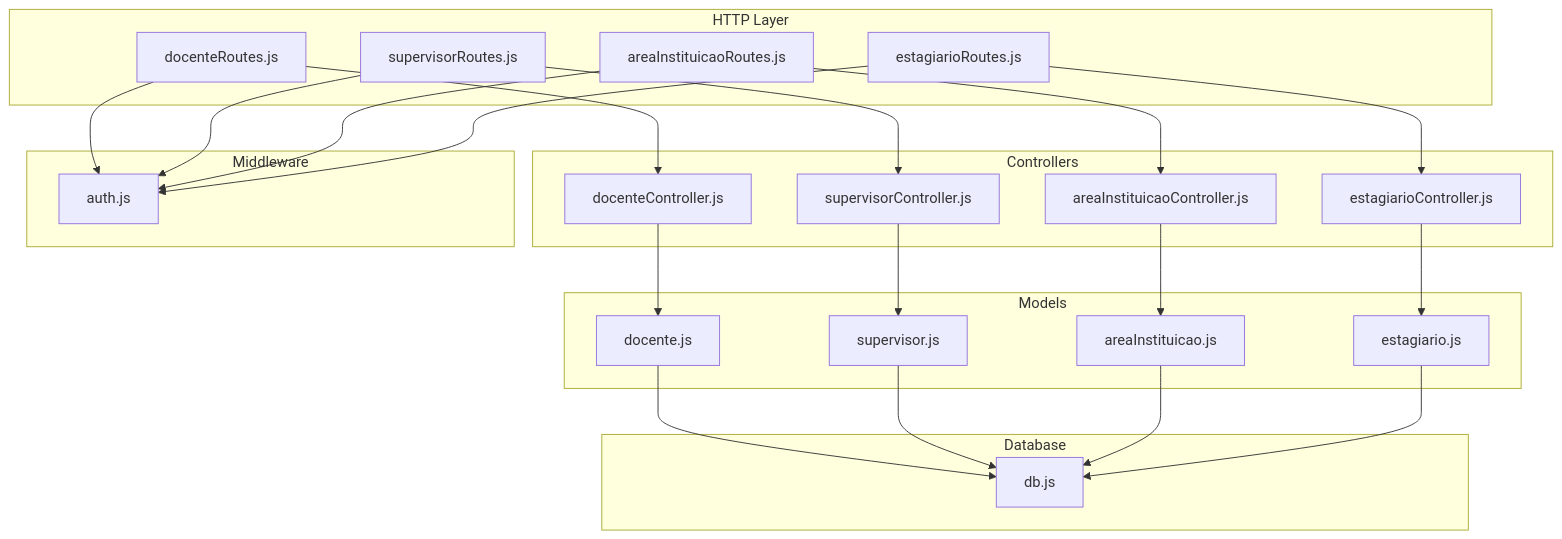
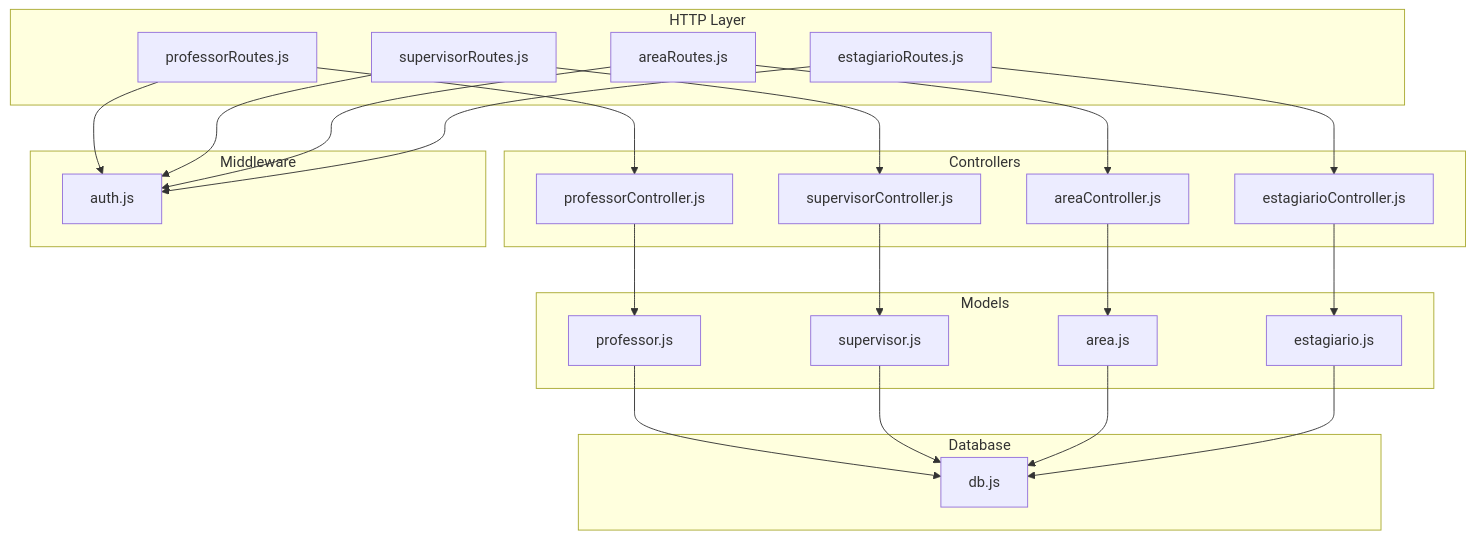
One commit to luiseduacosta/nodemural changed the first of 7 diagrams in .qoder/repowiki/en/content/API Reference/Institutional Management APIs.md. Above: the diagram before and after it, drawn with Mermaid. The commit also changed other lines of this file and 25 other files, not shown here.

````diff
--- a/.qoder/repowiki/en/content/API Reference/Institutional Management APIs.md
+++ b/.qoder/repowiki/en/content/API Reference/Institutional Management APIs.md
@@ -47,43 +47,43 @@
 ```mermaid
 graph TB
 subgraph "HTTP Layer"
-DR["docenteRoutes.js"]
+DR["professorRoutes.js"]
 SR["supervisorRoutes.js"]
-AIR["areaInstituicaoRoutes.js"]
+AIR["areaRoutes.js"]
 ER["estagiarioRoutes.js"]
 end
 subgraph "Controllers"
-DC["docenteController.js"]
+DC["professorController.js"]
 SC["supervisorController.js"]
-AIC["areaInstituicaoController.js"]
+AIC["areaController.js"]
 EC["estagiarioController.js"]
 end
 subgraph "Models"
-DM["docente.js"]
+DM["professor.js"]
 SM["supervisor.js"]
-AIM["areaInstituicao.js"]
+AIM["area.js"]
 EM["estagiario.js"]
 end
 subgraph "Middleware"
 AM["auth.js"]
 end
 subgraph "Database"
 DB["db.js"]
 end
 DR --> DC
 SR --> SC
 AIR --> AIC
 ER --> EC
 DC --> DM
 SC --> SM
 AIC --> AIM
 EC --> EM
 DR --> AM
 SR --> AM
 AIR --> AM
 ER --> AM
 DM --> DB
 SM --> DB
 AIM --> DB
 EM --> DB
 ```
````
